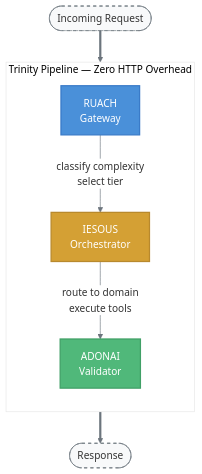
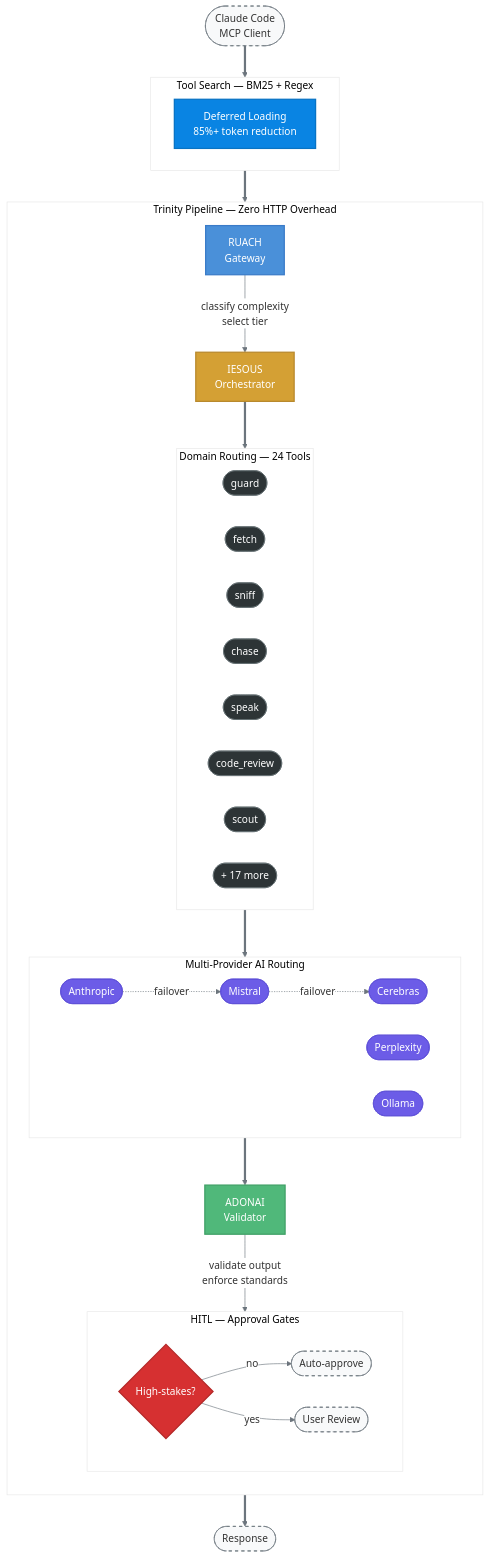
One commit to theLightArchitect/CORSO changed the first of 2 diagrams in README.md. Above: the diagram before and after it, drawn with Mermaid. The commit also changed other lines of this file, not shown here.

Commit message:
Expand architecture: domain routing, AI providers, tool search, HITL gates, feedback loops

````diff
--- a/README.md
+++ b/README.md
@@ -24,24 +24,75 @@
 ```mermaid
 %%{init: {'theme': 'base', 'themeVariables': {'primaryColor': '#ffffff', 'lineColor': '#6c757d'}}}%%
 flowchart TD
-    A([Incoming Request]) ==> B
+    A(["Claude Code<br/>MCP Client"]) ==> TS
+
+    subgraph TS ["Tool Search — BM25 + Regex"]
+        direction LR
+        TS1["Deferred Loading<br/>85%+ token reduction"]
+    end
+
+    TS1 ==> B
 
     subgraph TRINITY ["Trinity Pipeline — Zero HTTP Overhead"]
         direction TB
         B["RUACH<br/>Gateway"]
         B -->|"classify complexity<br/>select tier"| C["IESOUS<br/>Orchestrator"]
-        C -->|"route to domain<br/>execute tools"| D["ADONAI<br/>Validator"]
+
+        subgraph DOMAIN ["Domain Routing — 24 Tools"]
+            direction LR
+            D1(["guard"])
+            D2(["fetch"])
+            D3(["sniff"])
+            D4(["chase"])
+            D5(["speak"])
+            D6(["code_review"])
+            D7(["scout"])
+            D8(["+ 17 more"])
+        end
+
+        C ==> DOMAIN
+
+        DOMAIN ==> AI
+
+        subgraph AI ["Multi-Provider AI Routing"]
+            direction LR
+            P1(["Anthropic"])
+            P2(["Mistral"])
+            P3(["Cerebras"])
+            P4(["Perplexity"])
+            P5(["Ollama"])
+            P1 -.->|failover| P2
+            P2 -.->|failover| P3
+        end
+
+        AI ==> D["ADONAI<br/>Validator"]
+        D -->|"validate output<br/>enforce standards"| HITL
     end
 
-    D ==> E([Response])
+    subgraph HITL ["HITL — Approval Gates"]
+        direction LR
+        H1{"High-stakes?"}
+        H1 -->|no| H2([Auto-approve])
+        H1 -->|yes| H3([User Review])
+    end
+
+    HITL ==> E(["Response"])
 
     classDef gateway fill:#4a90d9,color:#fff,stroke:#3a7bc8,stroke-width:2px
     classDef orch fill:#d4a034,color:#fff,stroke:#b8892d,stroke-width:2px
     classDef valid fill:#50b87a,color:#fff,stroke:#40a066,stroke-width:2px
+    classDef tool fill:#2d3436,color:#fff,stroke:#636e72,stroke-width:1px
+    classDef provider fill:#6c5ce7,color:#fff,stroke:#5a4bd6,stroke-width:1px
+    classDef search fill:#0984e3,color:#fff,stroke:#0873c4,stroke-width:2px
+    classDef gate fill:#d63031,color:#fff,stroke:#b52828,stroke-width:2px
     classDef io fill:#f8f9fa,color:#333,stroke:#6c757d,stroke-dasharray:5 5
 
     class B gateway
     class C orch
     class D valid
-    class A,E io
+    class D1,D2,D3,D4,D5,D6,D7,D8 tool
+    class P1,P2,P3,P4,P5 provider
+    class TS1 search
+    class H1 gate
+    class A,E,H2,H3 io
 ```
````
